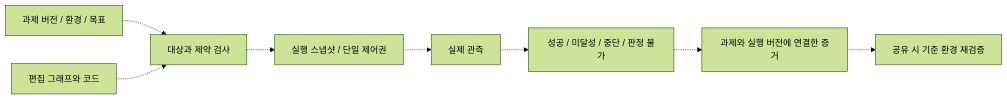
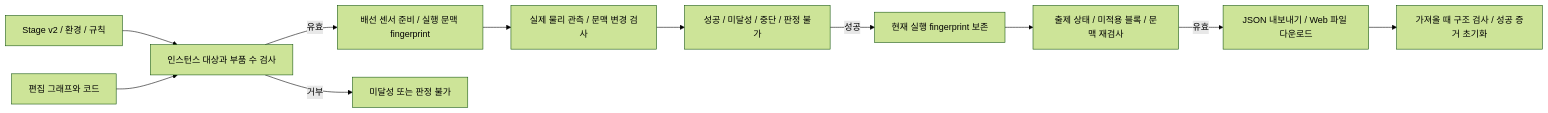
Before and after one commit to Bum-Boo/ssok: the fourth of 4 diagrams in docs/FLOWS.md, drawn with Mermaid (forest theme). The commit also changed other lines of this file and 29 other files, not shown here.

Commit message:
Reconcile stage integration and preserve prelaunch audit evidence

````diff
--- a/docs/FLOWS.md
+++ b/docs/FLOWS.md
@@ -89,10 +91,13 @@
 ```mermaid
 flowchart LR
-    Task[과제 버전 / 환경 / 목표] -.-> Preflight[대상과 제약 검사]
-    Graph[편집 그래프와 코드] -.-> Preflight
-    Preflight -.-> Run[실행 스냅샷 / 단일 제어권]
-    Run -.-> Observe[실제 관측]
-    Observe -.-> Outcome[성공 / 미달성 / 중단 / 판정 불가]
-    Outcome -.-> Evidence[과제와 실행 버전에 연결한 증거]
-    Evidence -.-> Verify[공유 시 기준 환경 재검증]
+    Task[Stage v2 / 환경 / 규칙] --> Preflight[인스턴스 대상과 부품 수 검사]
+    Graph[편집 그래프와 코드] --> Preflight
+    Preflight -->|유효| Run[배선 센서 준비 / 실행 문맥 fingerprint]
+    Preflight -->|거부| Invalid[미달성 또는 판정 불가]
+    Run --> Observe[실제 물리 관측 / 문맥 변경 검사]
+    Observe --> Outcome[성공 / 미달성 / 중단 / 판정 불가]
+    Outcome -->|성공| Proof[현재 실행 fingerprint 보존]
+    Proof --> Verify[출제 상태 / 미적용 블록 / 문맥 재검사]
+    Verify -->|유효| Export[JSON 내보내기 / Web 파일 다운로드]
+    Export --> Import[가져올 때 구조 검사 / 성공 증거 초기화]
 ```
````
